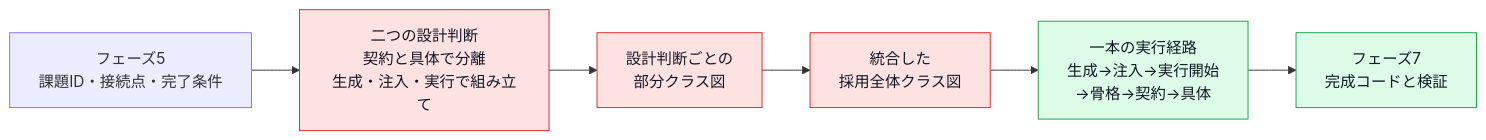
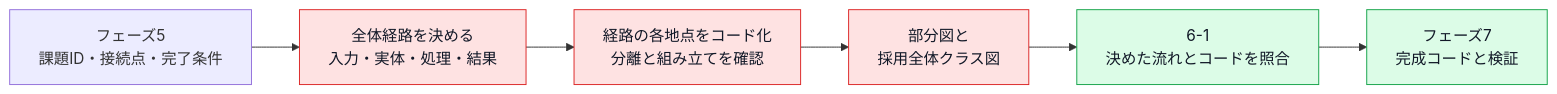
The first of 9 diagrams in kindle/design-patterns/output/chapter00_2.md (kumachan1101-pixel/DesignPattern), drawn with Mermaid before and after one commit. The commit also changed other lines of this file and 29 other files, not shown here.

Commit message:
Revise countermeasure chapters around end-to-end flow

````diff
--- a/kindle/design-patterns/output/chapter00_2.md
+++ b/kindle/design-patterns/output/chapter00_2.md
@@ -75,16 +77,16 @@
 ```mermaid
 flowchart LR
     A["フェーズ5<br/>課題ID・接続点・完了条件"]
-    B["二つの設計判断<br/>契約と具体で分離<br/>生成・注入・実行で組み立て"]
-    C["設計判断ごとの<br/>部分クラス図"]
-    D["統合した<br/>採用全体クラス図"]
-    E["一本の実行経路<br/>生成→注入→実行開始<br/>→骨格→契約→具体"]
+    B["全体経路を決める<br/>入力・実体・処理・結果"]
+    C["経路の各地点をコード化<br/>分離と組み立てを確認"]
+    D["部分図と<br/>採用全体クラス図"]
+    E["6-1<br/>決めた流れとコードを照合"]
     F["フェーズ7<br/>完成コードと検証"]
 
     A --> B --> C --> D --> E --> F
 
     classDef decision fill:#fee2e2,stroke:#dc2626,color:#111827;
     classDef implementation fill:#dcfce7,stroke:#16a34a,color:#111827;
     class B,C,D decision;
     class E,F implementation;
 ```
````
